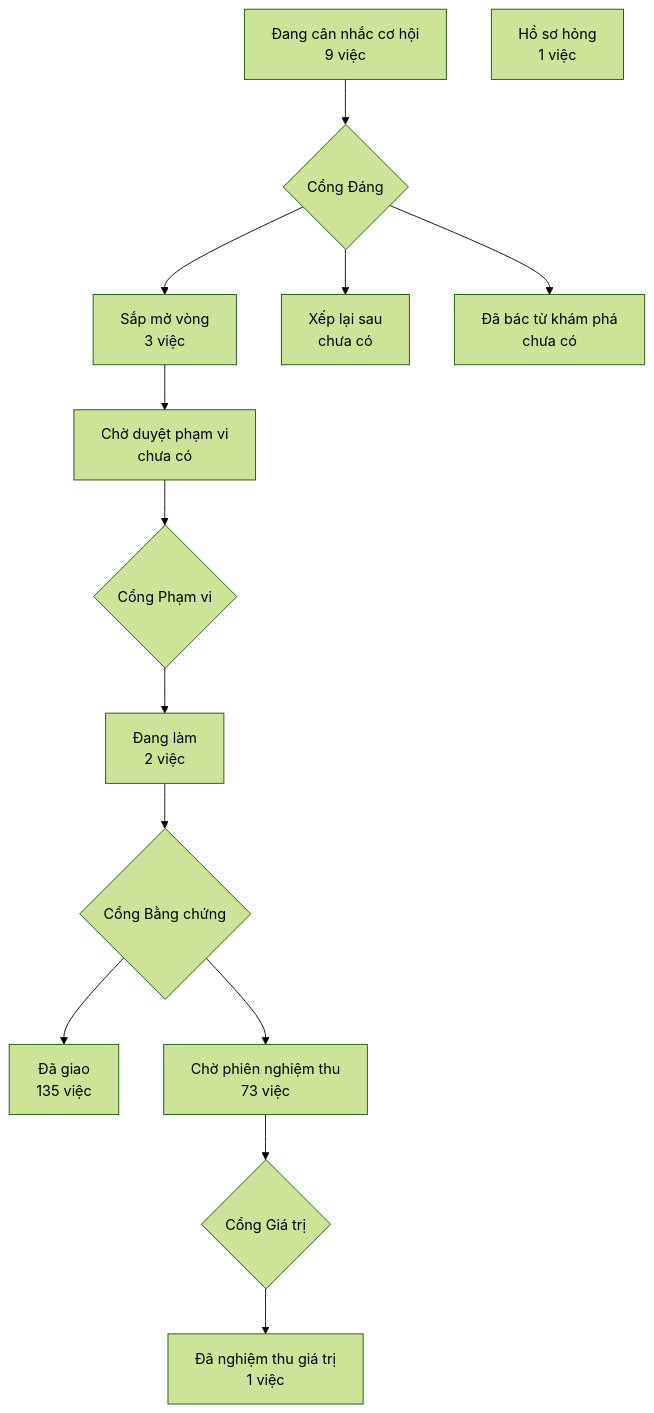
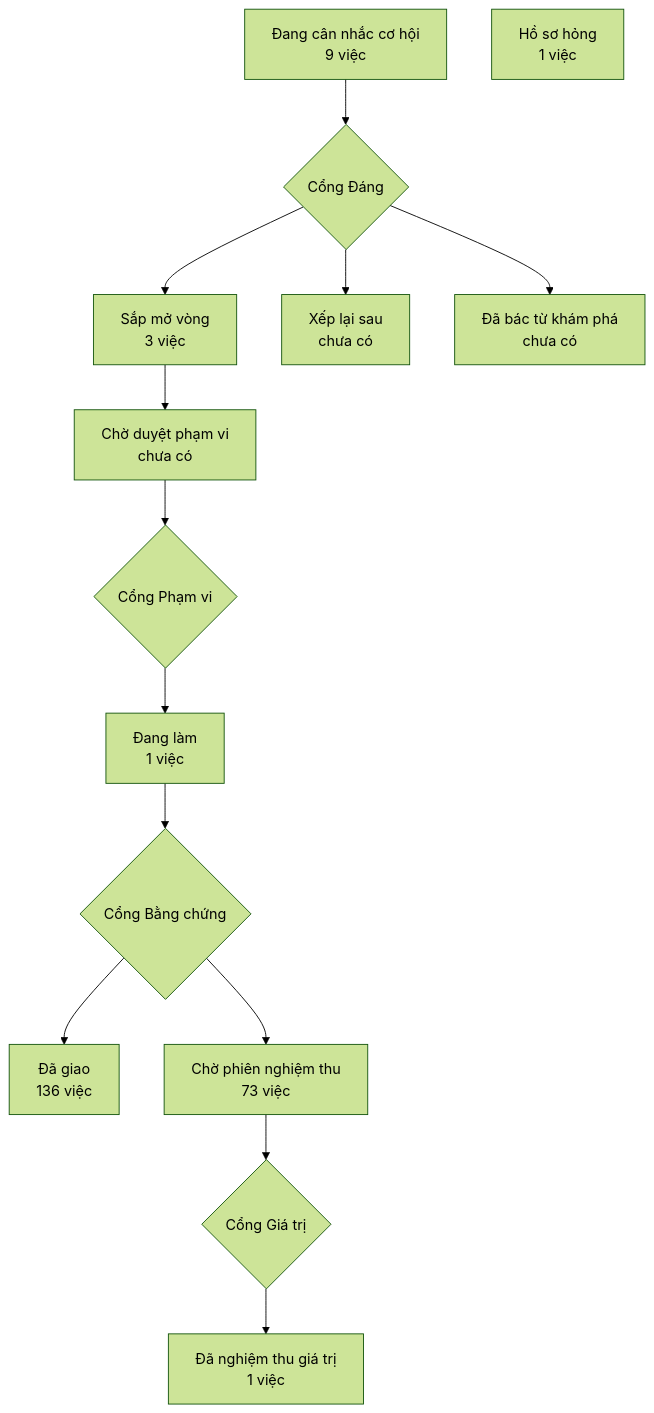
One commit to phanlemanh/crm-onehub changed the diagram in PRODUCT-MAP.md. Above: the diagram before and after it, drawn with Mermaid (forest theme). The commit also changed other lines of this file and 3 other files, not shown here.

````diff
--- a/PRODUCT-MAP.md
+++ b/PRODUCT-MAP.md
@@ -7,13 +7,13 @@
 ```mermaid
 flowchart TD
   A["Đang cân nhắc cơ hội<br/>9 việc"] --> GD{"Cổng Đáng"}
   GD --> B["Sắp mở vòng<br/>3 việc"]
   GD --> XL["Xếp lại sau<br/>chưa có"]
   GD --> DB["Đã bác từ khám phá<br/>chưa có"]
   B --> CD["Chờ duyệt phạm vi<br/>chưa có"] --> GP{"Cổng Phạm vi"}
-  GP --> DL["Đang làm<br/>2 việc"] --> GB{"Cổng Bằng chứng"}
-  GB --> DG["Đã giao<br/>135 việc"]
+  GP --> DL["Đang làm<br/>1 việc"] --> GB{"Cổng Bằng chứng"}
+  GB --> DG["Đã giao<br/>136 việc"]
   GB --> CN["Chờ phiên nghiệm thu<br/>73 việc"] --> GG{"Cổng Giá trị"}
   GG --> NT["Đã nghiệm thu giá trị<br/>1 việc"]
   HS["Hồ sơ hỏng<br/>1 việc"]
 ```
````
